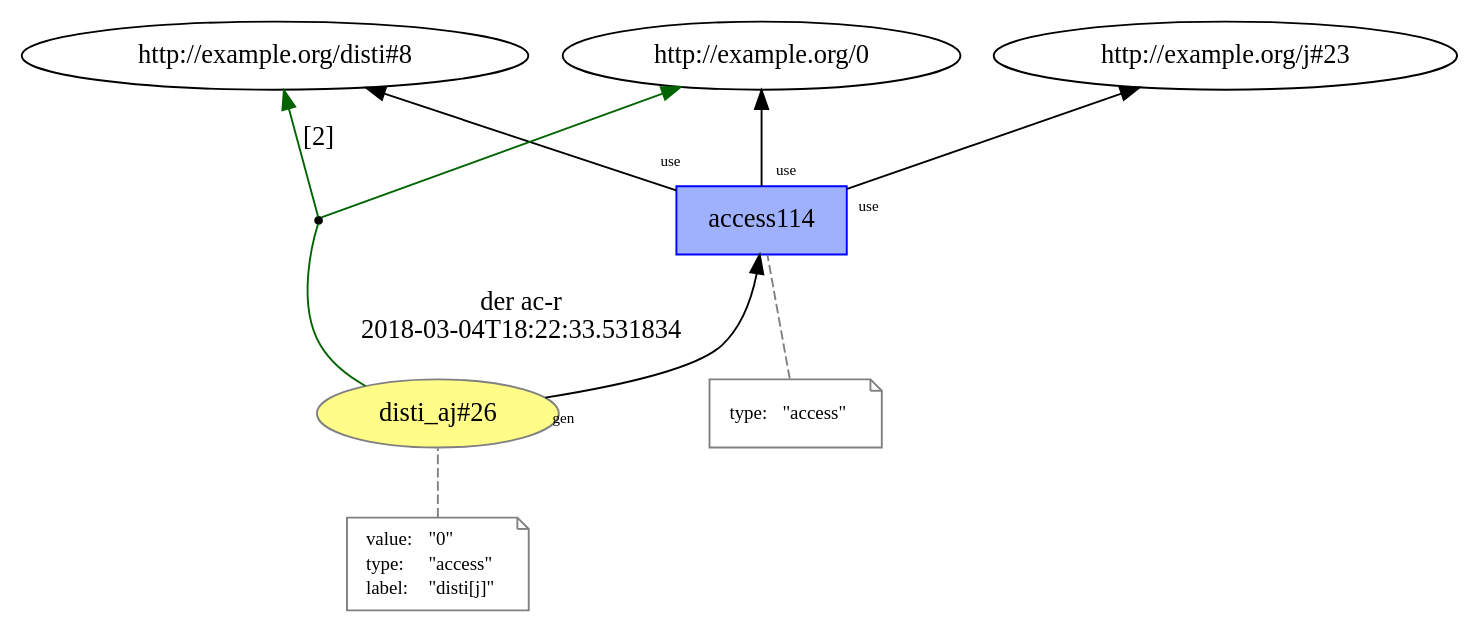
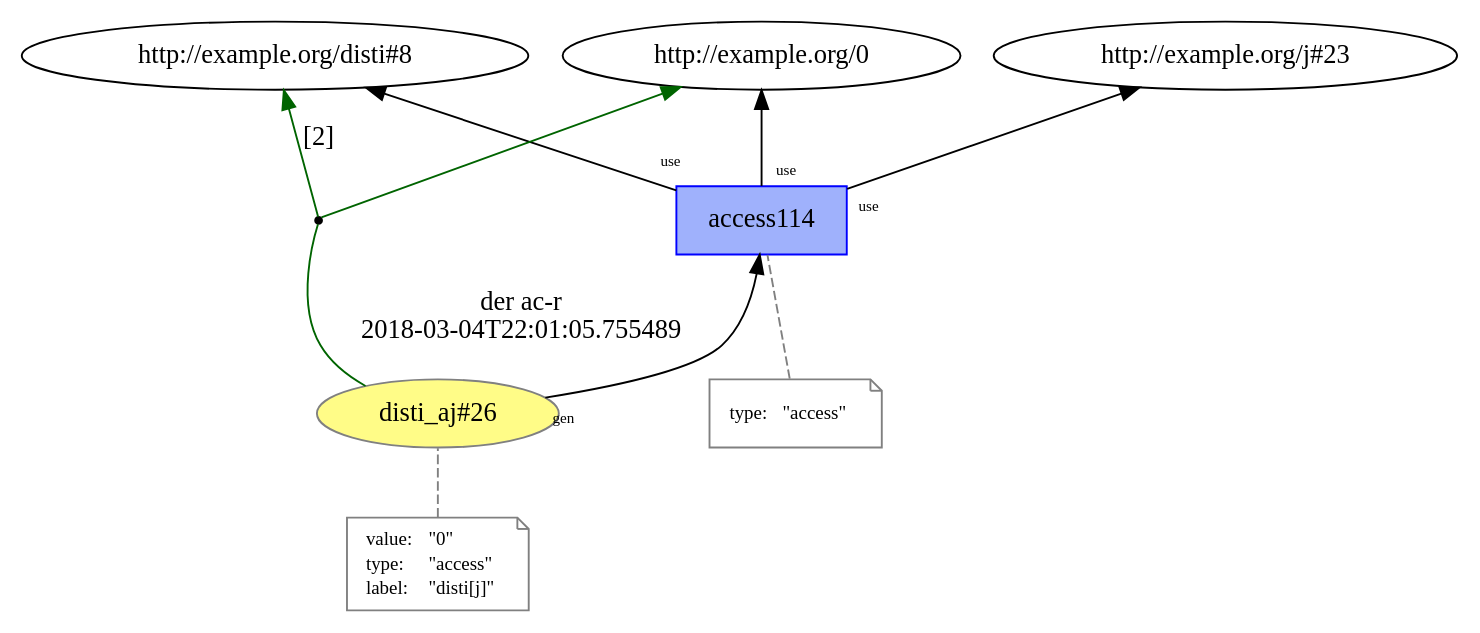
Before and after one commit to dew-uff/versioned-prov: the diagram in images/intertwined_prov/temp/L15__access_23.dot, drawn with Graphviz. The commit also changed 368 other files, not shown here.

```diff
--- a/images/intertwined_prov/temp/L15__access_23.dot
+++ b/images/intertwined_prov/temp/L15__access_23.dot
@@ -1,35 +1,35 @@
 digraph "PROV" { size="16,12"; rankdir="BT";
 "http://example.org/disti_aj#26" [fillcolor="#FFFC87",color="#808080",style="filled",label="disti_aj#26",URL="http://example.org/disti_aj#26"]
 "-attrs0" [color="gray",shape="note",fontsize="10",fontcolor="black",label=<<TABLE cellpadding="0" border="0">
 	<TR>
 	    <TD align="left">value:</TD>
 	    <TD align="left">&quot;0&quot;</TD>
 	</TR>
 	<TR>
 	    <TD align="left">type:</TD>
 	    <TD align="left">&quot;access&quot;</TD>
 	</TR>
 	<TR>
 	    <TD align="left">label:</TD>
 	    <TD align="left">&quot;disti[j]&quot;</TD>
 	</TR>
 </TABLE>>]
 "-attrs0" -> "http://example.org/disti_aj#26" [color="gray",style="dashed",arrowhead="none"]
 "http://example.org/access114" [fillcolor="#9FB1FC",color="#0000FF",shape="polygon",sides="4",style="filled",label="access114",URL="http://example.org/access114"]
 "-attrs1" [color="gray",shape="note",fontsize="10",fontcolor="black",label=<<TABLE cellpadding="0" border="0">
 	<TR>
 	    <TD align="left">type:</TD>
 	    <TD align="left">&quot;access&quot;</TD>
 	</TR>
 </TABLE>>]
 "-attrs1" -> "http://example.org/access114" [color="gray",style="dashed",arrowhead="none"]
 "http://example.org/access114" -> "http://example.org/0" [labelfontsize="8",labeldistance="1.5",labelangle="60.0",rotation="20",taillabel="use"]
 "bn0" [shape="point",label=""]
 "http://example.org/disti_aj#26" -> "bn0" [arrowhead="none",color="darkgreen",label="der ac-r
-2018-03-04T18:22:33.531834"]
+2018-03-04T22:01:05.755489"]
 "bn0" -> "http://example.org/disti#8" [labelfontsize="8",labeldistance="1.5",color="darkgreen",labelangle="60.0",rotation="20",label="[2]"]
 "bn0" -> "http://example.org/0" [color="darkgreen"]
 "http://example.org/disti_aj#26" -> "http://example.org/access114" [labelfontsize="8",labeldistance="1.5",labelangle="60.0",rotation="20",taillabel="gen"]
 "http://example.org/access114" -> "http://example.org/disti#8" [labelfontsize="8",labeldistance="1.5",labelangle="60.0",rotation="20",taillabel="use"]
 "http://example.org/access114" -> "http://example.org/j#23" [labelfontsize="8",labeldistance="1.5",labelangle="60.0",rotation="20",taillabel="use"]
 }
```
